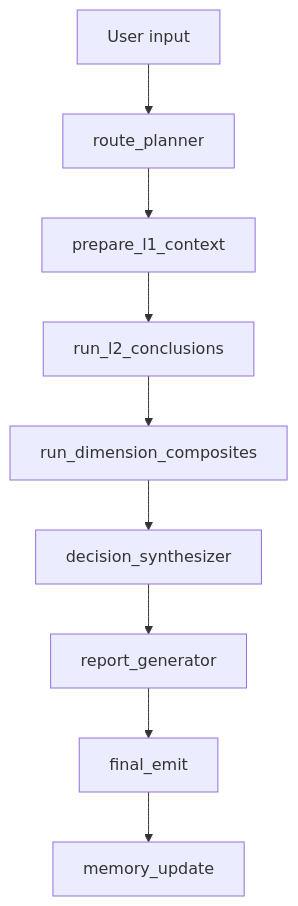
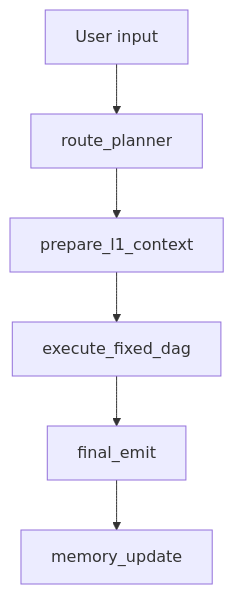
One commit to leephenix565/langgraph-my-agent changed the diagram in docs/SYSTEM_MAP.md. Above: the diagram before and after it, drawn with Mermaid. The commit also changed other lines of this file and 32 other files, not shown here.

````diff
--- a/docs/SYSTEM_MAP.md
+++ b/docs/SYSTEM_MAP.md
@@ -37,11 +38,8 @@
 ```mermaid
 flowchart TD
     U["User input"] --> P["route_planner"]
     P --> E["prepare_l1_context"]
-    E --> L2["run_l2_conclusions"]
-    L2 --> L3["run_dimension_composites"]
-    L3 --> D["decision_synthesizer"]
-    D --> R["report_generator"]
-    R --> F["final_emit"]
+    E --> X["execute_fixed_dag"]
+    X --> F["final_emit"]
     F --> M["memory_update"]
 ```
````
